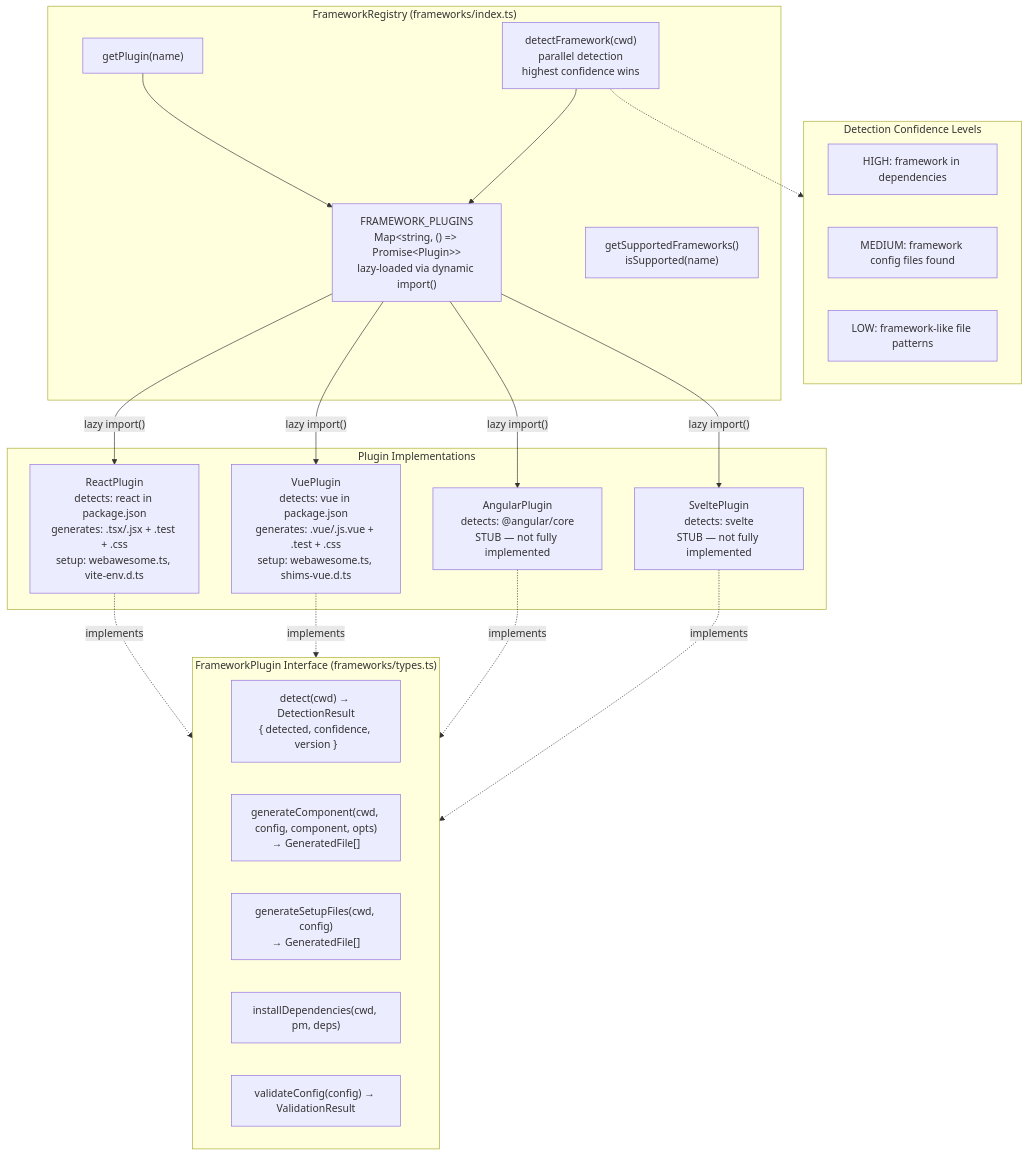
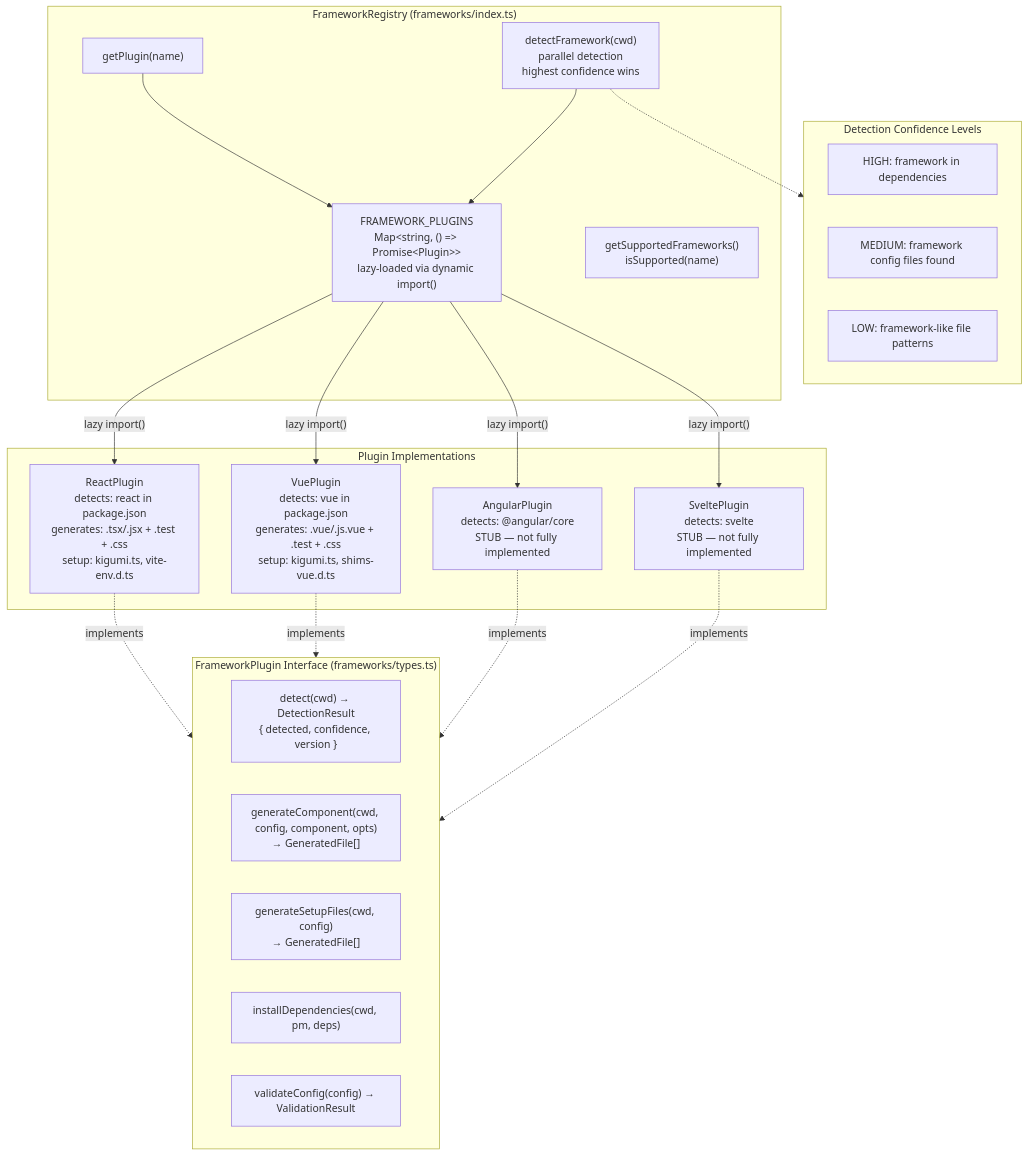
The diagram in .claude/diagrams/framework-plugins.mmd (kigumi-ui/kigumi-cli), drawn with Mermaid before and after one commit. The commit also changed 314 other files, not shown here.

```diff
--- a/.claude/diagrams/framework-plugins.mmd
+++ b/.claude/diagrams/framework-plugins.mmd
@@ -1,34 +1,34 @@
 flowchart TB
     subgraph Interface["FrameworkPlugin Interface (frameworks/types.ts)"]
         detect["detect(cwd) → DetectionResult\n{ detected, confidence, version }"]
         generate["generateComponent(cwd, config, component, opts)\n→ GeneratedFile[]"]
         setup["generateSetupFiles(cwd, config)\n→ GeneratedFile[]"]
         install["installDependencies(cwd, pm, deps)"]
         validate["validateConfig(config) → ValidationResult"]
     end
 
     subgraph Registry["FrameworkRegistry (frameworks/index.ts)"]
         MAP["FRAMEWORK_PLUGINS\nMap&lt;string, () =&gt; Promise&lt;Plugin&gt;&gt;\nlazy-loaded via dynamic import()"]
         getPlugin["getPlugin(name)"]
         detectFW["detectFramework(cwd)\nparallel detection\nhighest confidence wins"]
         supported["getSupportedFrameworks()\nisSupported(name)"]
     end
 
     subgraph Plugins["Plugin Implementations"]
-        R["ReactPlugin\ndetects: react in package.json\ngenerates: .tsx/.jsx + .test + .css\nsetup: webawesome.ts, vite-env.d.ts"]
-        V["VuePlugin\ndetects: vue in package.json\ngenerates: .vue/.js.vue + .test + .css\nsetup: webawesome.ts, shims-vue.d.ts"]
+        R["ReactPlugin\ndetects: react in package.json\ngenerates: .tsx/.jsx + .test + .css\nsetup: kigumi.ts, vite-env.d.ts"]
+        V["VuePlugin\ndetects: vue in package.json\ngenerates: .vue/.js.vue + .test + .css\nsetup: kigumi.ts, shims-vue.d.ts"]
         A["AngularPlugin\ndetects: @angular/core\nSTUB — not fully implemented"]
         S["SveltePlugin\ndetects: svelte\nSTUB — not fully implemented"]
     end
 
     subgraph Detection["Detection Confidence Levels"]
         HIGH["HIGH: framework in dependencies"]
         MED["MEDIUM: framework config files found"]
         LOW["LOW: framework-like file patterns"]
     end
 
     MAP -->|"lazy import()"| R & V & A & S
     R & V & A & S -.->|"implements"| Interface
     getPlugin --> MAP
     detectFW --> MAP
     detectFW -.-> Detection
```
